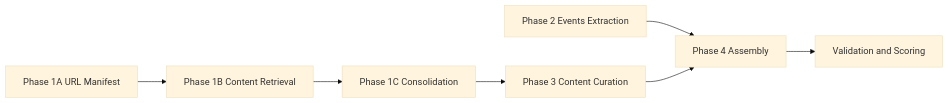
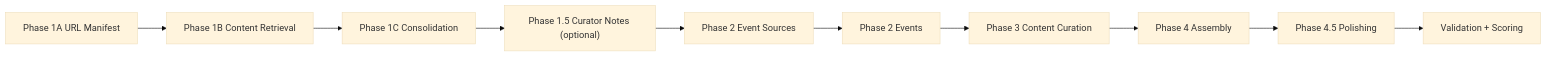
One commit to briancl2/CustomerNewsletter changed the first of 2 diagrams in docs/architecture.md. Above: the diagram before and after it, drawn with Mermaid (base theme). The commit also changed other lines of this file and 17 other files, not shown here.

````diff
--- a/docs/architecture.md
+++ b/docs/architecture.md
@@ -5,9 +5,12 @@
 ```mermaid
 flowchart LR
   A["Phase 1A URL Manifest"] --> B["Phase 1B Content Retrieval"]
   B --> C["Phase 1C Consolidation"]
-  D["Phase 2 Events Extraction"] --> E["Phase 4 Assembly"]
-  C --> F["Phase 3 Content Curation"]
-  F --> E["Phase 4 Assembly"]
-  E --> G["Validation and Scoring"]
+  C --> N["Phase 1.5 Curator Notes (optional)"]
+  N --> D["Phase 2 Event Sources"]
+  D --> E["Phase 2 Events"]
+  E --> F["Phase 3 Content Curation"]
+  F --> G["Phase 4 Assembly"]
+  G --> H["Phase 4.5 Polishing"]
+  H --> I["Validation + Scoring"]
 ```
````
